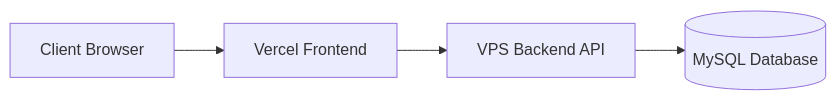
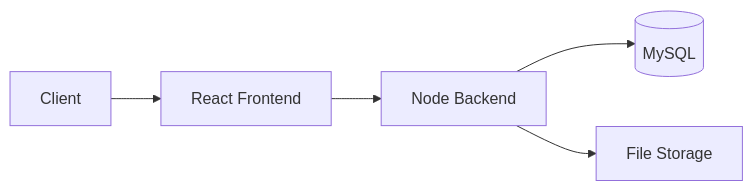
Before and after one commit to yafitrizauhair/cserm: the second of 2 diagrams in README.md, drawn with Mermaid. The commit also changed other lines of this file, not shown here.

````diff
--- a/README.md
+++ b/README.md
@@ -117,6 +100,9 @@
 ```mermaid
 flowchart LR
-    A[Client Browser] --> B[Vercel Frontend]
-    B --> C[VPS Backend API]
-    C --> D[(MySQL Database)]
+    A[Client] --> B[React Frontend]
+    B --> C[Node Backend]
+    C --> D[(MySQL)]
+    C --> E[File Storage]
+
+
 ```
````
